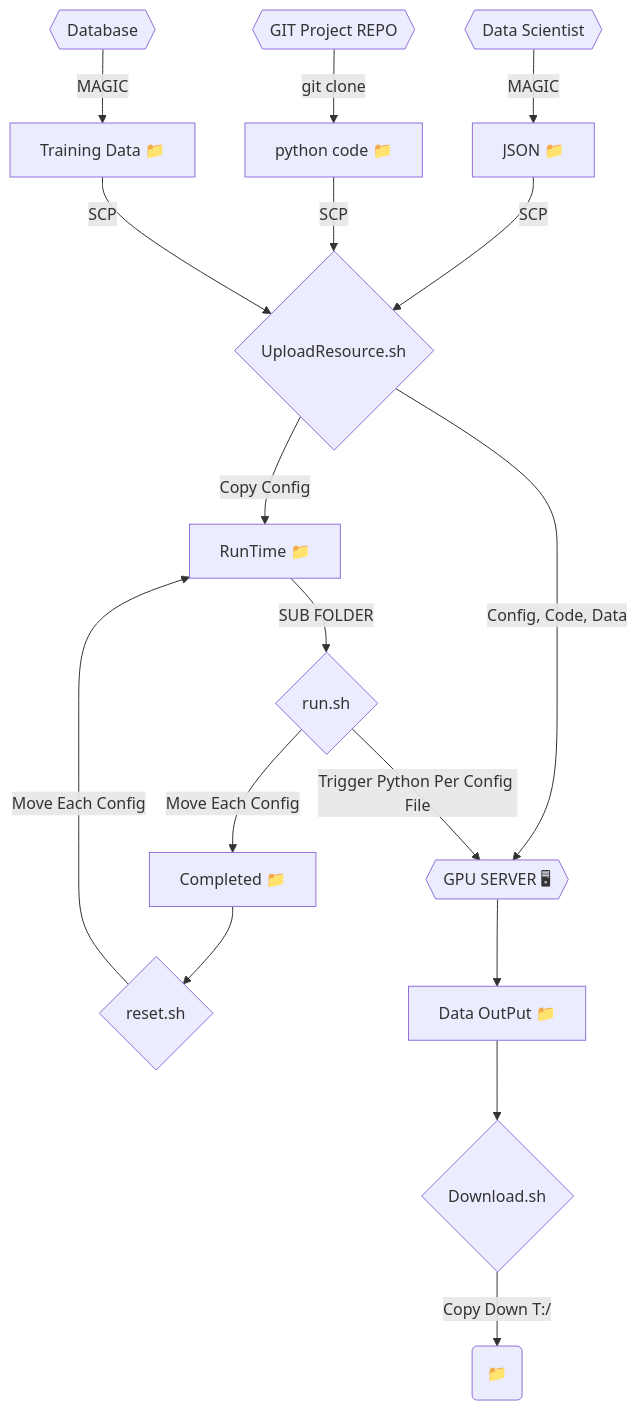
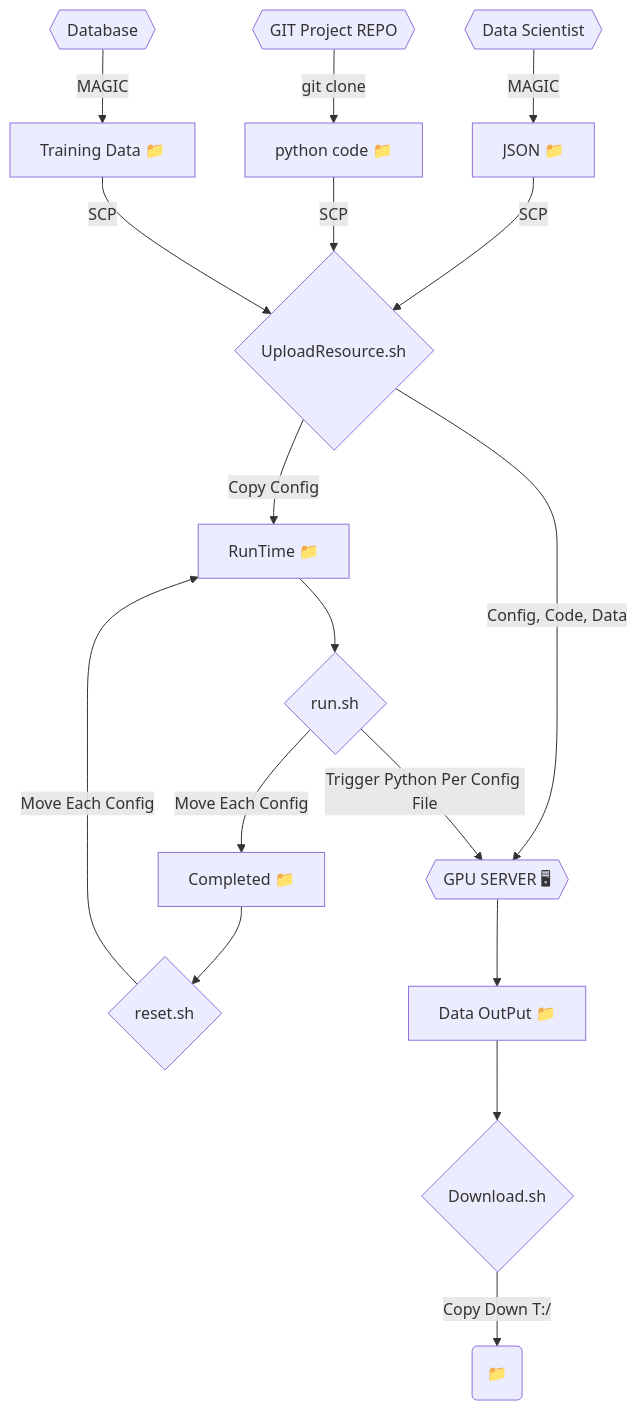
The diagram in flow_chart.md (hung135/gpu_tasker), drawn with Mermaid before and after one commit.

````diff
--- a/flow_chart.md
+++ b/flow_chart.md
@@ -2,30 +2,30 @@
 ```mermaid
 graph TD
 
     AA{{GIT Project REPO}}
     CC{{"Database"}}
     BB{{"Data Scientist"}}
     AA-->|git clone|B
     A["JSON #128193;"] -->|SCP| F
     B -->|SCP| F
     C -->|SCP| F   
     B["python code #128193;"]
     BB-->|MAGIC|A
     CC-->|MAGIC|C
     C["Training Data #128193;"]
     D["RunTime #128193;"] 
     E["Completed #128193;"]-->L
     F{UploadResource.sh}-->|Config, Code, Data|G
     F -->|Copy Config|D
     G{{"GPU SERVER #128421;"}}
     H{run.sh}-->|Move Each Config|E 
     H-->|Trigger Python Per Config File|G 
-    D -->|SUB FOLDER| H
+    D --> H
     G-->II["Data OutPut #128193;"]-->I
     I{Download.sh}-->|"Copy Down T:/"|J
     J("#128193;")
       L{reset.sh}-->|Move Each Config|D
     
     
     
 ```
````
